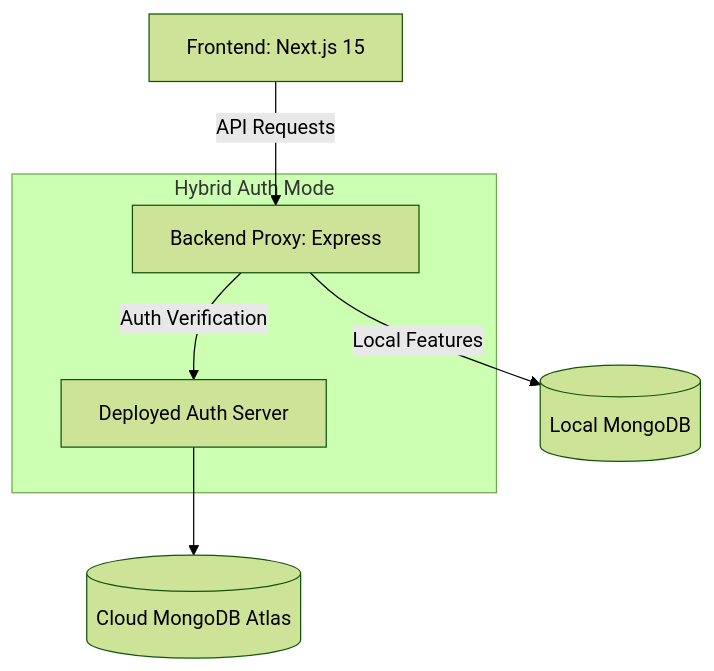
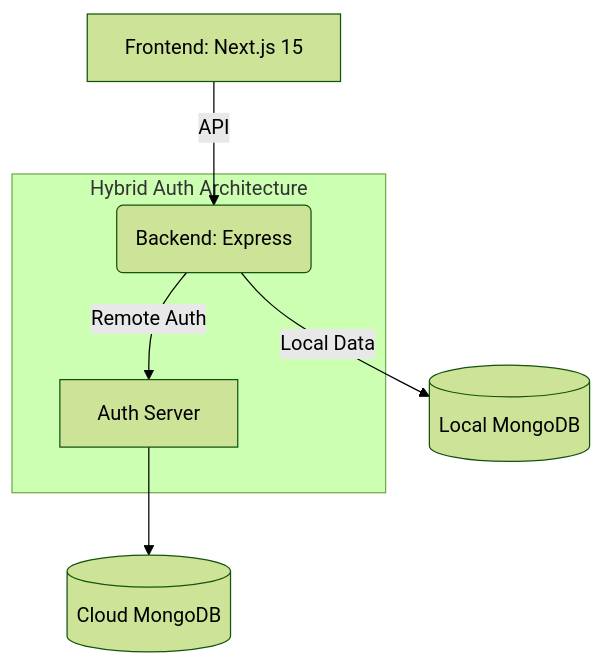
Before and after one commit to hamid220-kamal/Job-Listing-Portal: the diagram in README.md, drawn with Mermaid (forest theme).

````diff
--- a/README.md
+++ b/README.md
@@ -11,12 +11,12 @@
 ```mermaid
-graph TD
-    A[Frontend: Next.js 15] -->|API Requests| B[Backend Proxy: Express]
-    B -->|Local Features| C[(Local MongoDB)]
-    B -->|Auth Verification| D[Deployed Auth Server]
-    D --> E[(Cloud MongoDB Atlas)]
+flowchart TD
+    A[Frontend: Next.js 15] -->|API| B(Backend: Express)
+    B -->|Local Data| C[(Local MongoDB)]
+    B -->|Remote Auth| D[Auth Server]
+    D --> E[(Cloud MongoDB)]
     
-    subgraph "Hybrid Auth Mode"
+    subgraph HybridMode ["Hybrid Auth Architecture"]
     B
     D
     end
 ```
````
